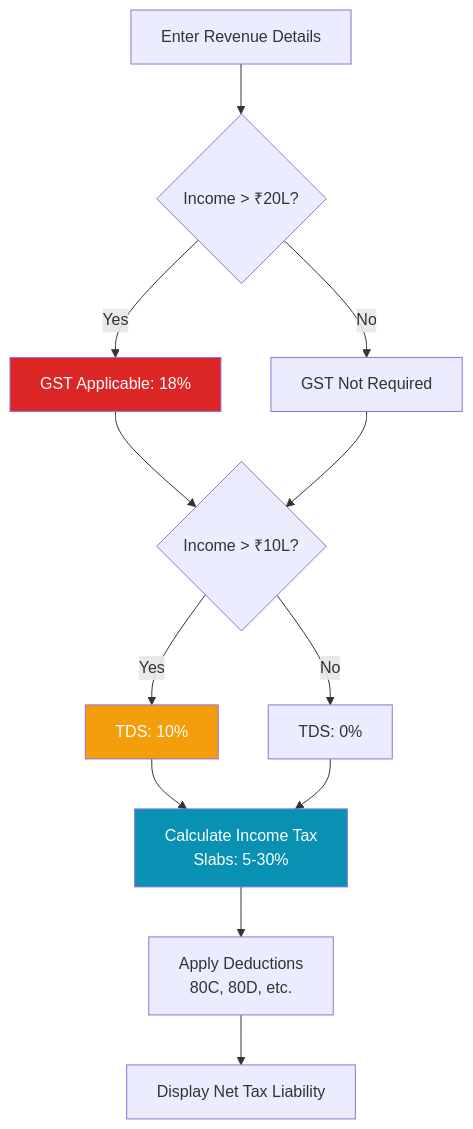
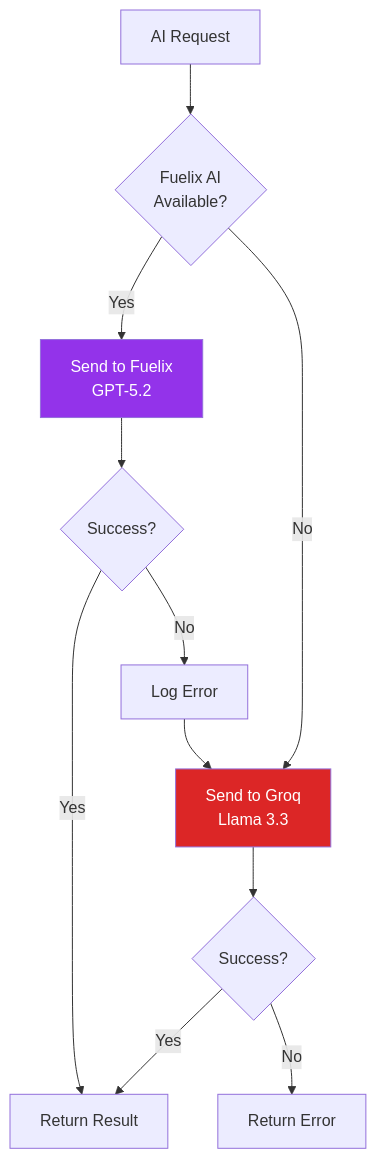
One commit to ritwikvats/creatoriq changed the third of 6 diagrams in PRD.md. Above: the diagram before and after it, drawn with Mermaid. The commit also changed other lines of this file and 1 other file, not shown here.

````diff
--- a/PRD.md
+++ b/PRD.md
@@ -372,18 +254,15 @@
 ```mermaid
 flowchart TD
-    A[Enter Revenue Details] --> B{Income > ₹20L?}
-    B -->|Yes| C[GST Applicable: 18%]
-    B -->|No| D[GST Not Required]
-    C --> E{Income > ₹10L?}
-    D --> E
-    E -->|Yes| F[TDS: 10%]
-    E -->|No| G[TDS: 0%]
-    F --> H[Calculate Income Tax<br/>Slabs: 5-30%]
-    G --> H
-    H --> I[Apply Deductions<br/>80C, 80D, etc.]
-    I --> J[Display Net Tax Liability]
+    A[AI Request] --> B{Fuelix AI<br/>Available?}
+    B -->|Yes| C[Send to Fuelix<br/>GPT-5.2]
+    B -->|No| D[Send to Groq<br/>Llama 3.3]
+    C --> E{Success?}
+    E -->|Yes| F[Return Result]
+    E -->|No| G[Log Error] --> D
+    D --> H{Success?}
+    H -->|Yes| F
+    H -->|No| I[Return Error]
 
-    style C fill:#DC2626,color:#fff
-    style F fill:#F59E0B,color:#fff
-    style H fill:#0891B2,color:#fff
+    style C fill:#9333EA,color:#fff
+    style D fill:#DC2626,color:#fff
 ```
````
